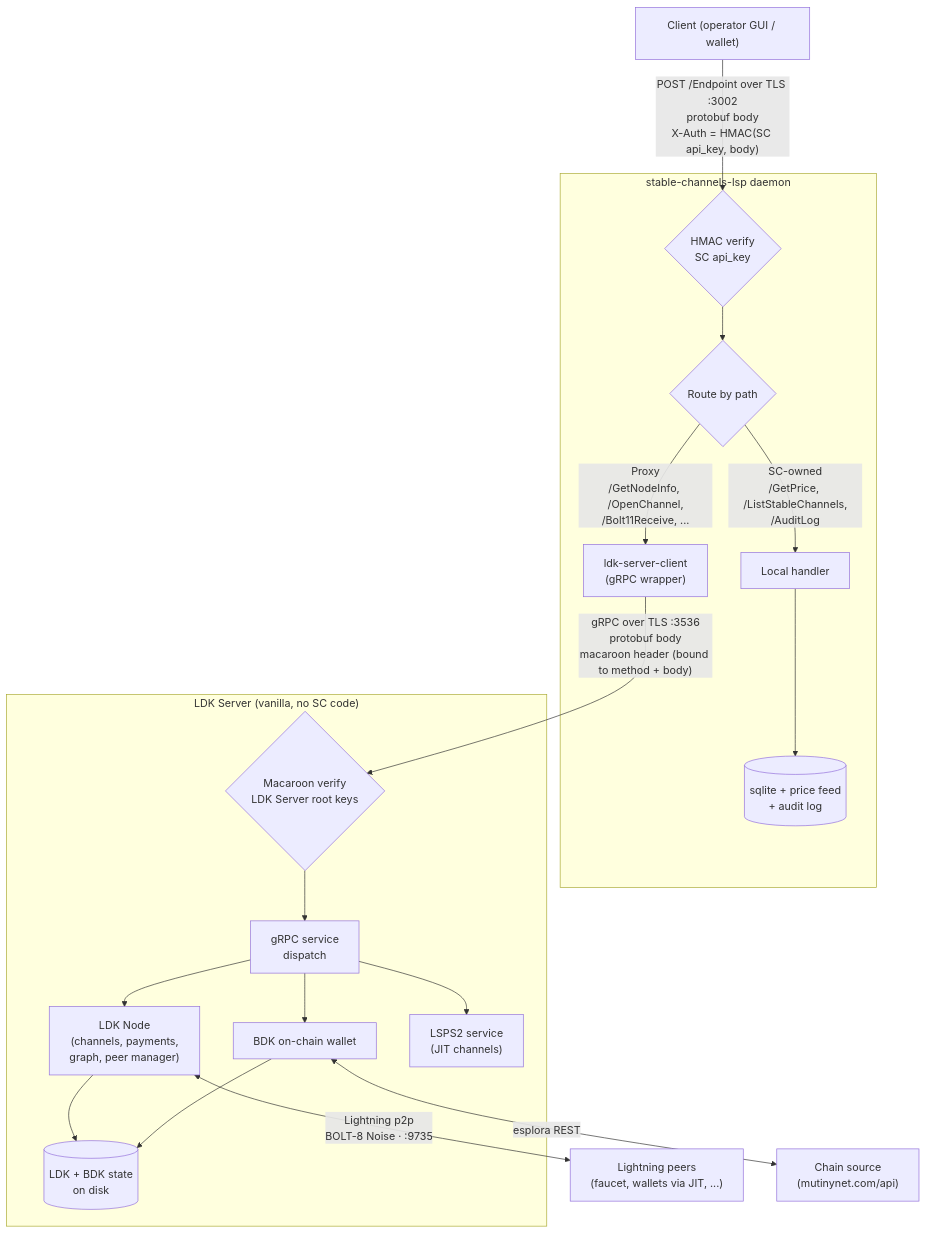
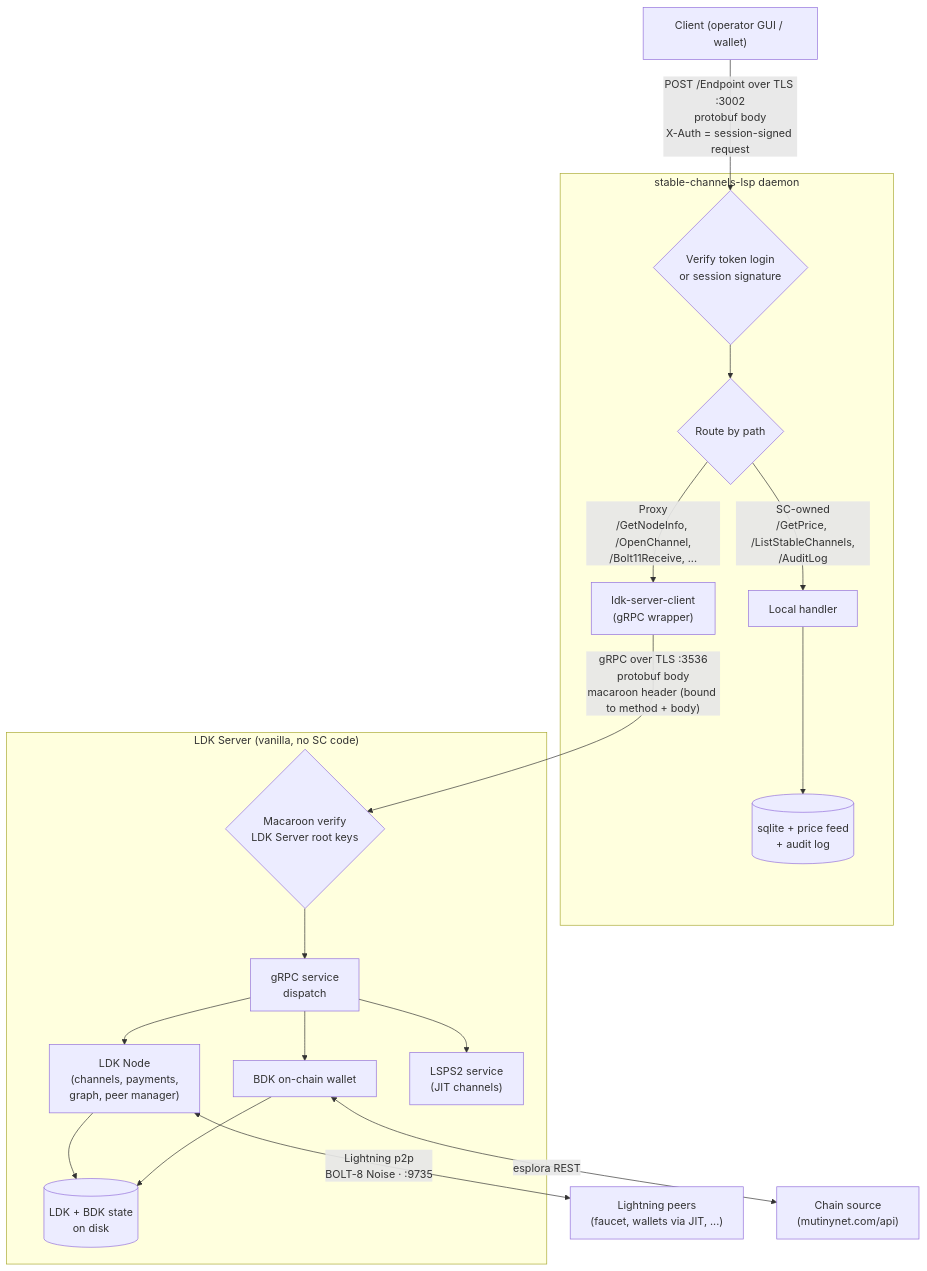
One commit to toneloc/stable-channels changed the diagram in server/README.md. Above: the diagram before and after it, drawn with Mermaid. The commit also changed other lines of this file and 64 other files, not shown here.

````diff
--- a/server/README.md
+++ b/server/README.md
@@ -7,27 +7,27 @@
 ```mermaid
 flowchart TD
     Client["Client (operator GUI / wallet)"]
 
-    Client -->|"POST /Endpoint over TLS :3002<br/>protobuf body<br/>X-Auth = HMAC(SC api_key, body)"| SCVerify
+    Client -->|"POST /Endpoint over TLS :3002<br/>protobuf body<br/>X-Auth = session-signed request"| SCVerify
 
     subgraph SC ["stable-channels-lsp daemon"]
-        SCVerify{"HMAC verify<br/>SC api_key"} --> Route{"Route by path"}
+        SCVerify{"Verify token login<br/>or session signature"} --> Route{"Route by path"}
         Route -- "SC-owned<br/>/GetPrice, /ListStableChannels,<br/>/AuditLog" --> Local["Local handler"]
         Route -- "Proxy<br/>/GetNodeInfo, /OpenChannel,<br/>/Bolt11Receive, ..." --> Grpc["ldk-server-client<br/>(gRPC wrapper)"]
         Local --> SCData[("sqlite + price feed<br/>+ audit log")]
     end
 
     Grpc -->|"gRPC over TLS :3536<br/>protobuf body<br/>macaroon header (bound to method + body)"| LDKVerify
 
     subgraph LDK ["LDK Server (vanilla, no SC code)"]
         LDKVerify{"Macaroon verify<br/>LDK Server root keys"} --> LDKDispatch["gRPC service<br/>dispatch"]
         LDKDispatch --> Node["LDK Node<br/>(channels, payments,<br/>graph, peer manager)"]
         LDKDispatch --> Bdk["BDK on-chain wallet"]
         LDKDispatch --> Lsps2["LSPS2 service<br/>(JIT channels)"]
         Node --> Store[("LDK + BDK state<br/>on disk")]
         Bdk --> Store
     end
 
     Node <-->|"Lightning p2p<br/>BOLT-8 Noise · :9735"| Peers["Lightning peers<br/>(faucet, wallets via JIT, ...)"]
     Bdk <-->|"esplora REST"| Esplora["Chain source<br/>(mutinynet.com/api)"]
 ```
````
